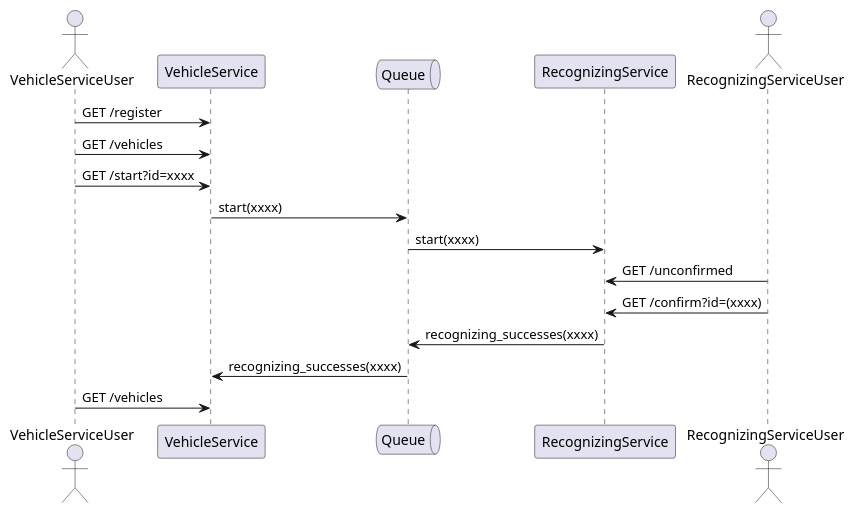
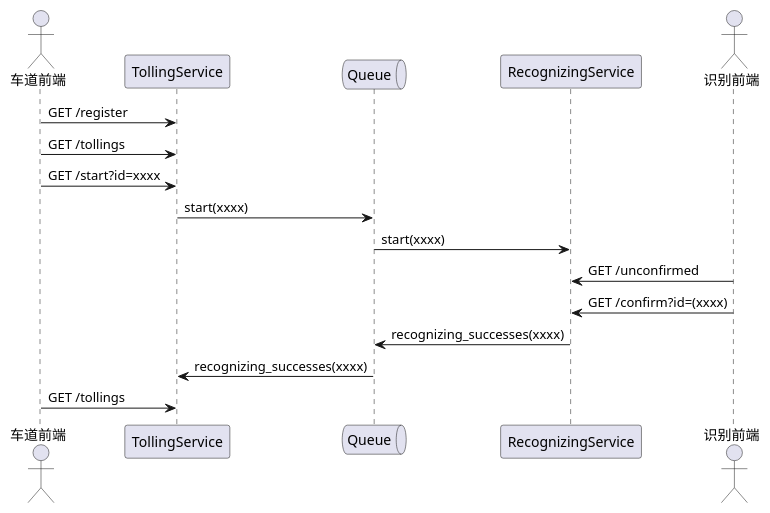
One commit to caochun/tollgate changed the diagram in docs/scenario.pu. Above: the diagram before and after it, drawn with PlantUML. The commit also changed 7 other files, not shown here.

```diff
--- a/docs/scenario.pu
+++ b/docs/scenario.pu
@@ -1,19 +1,19 @@
 @startuml
-actor       VehicleServiceUser      as uVehicle
-participant VehicleService          as sVehicle
+actor       车道前端      as uTolling
+participant TollingService          as sTolling
 queue       Queue                   as RabbitMQ
 participant RecognizingService      as sRecognizing
-actor       RecognizingServiceUser  as uRecognizing
+actor       识别前端  as uRecognizing
 
-uVehicle -> sVehicle : GET /register
-uVehicle -> sVehicle : GET /vehicles
-uVehicle -> sVehicle : GET /start?id=xxxx
-sVehicle -> RabbitMQ : start(xxxx)
+uTolling -> sTolling : GET /register
+uTolling -> sTolling : GET /tollings
+uTolling -> sTolling : GET /start?id=xxxx
+sTolling -> RabbitMQ : start(xxxx)
 RabbitMQ -> sRecognizing : start(xxxx)
 uRecognizing -> sRecognizing : GET /unconfirmed
 uRecognizing -> sRecognizing : GET /confirm?id=(xxxx)
 sRecognizing -> RabbitMQ : recognizing_successes(xxxx)
-RabbitMQ -> sVehicle : recognizing_successes(xxxx)
-uVehicle -> sVehicle : GET /vehicles
+RabbitMQ -> sTolling : recognizing_successes(xxxx)
+uTolling -> sTolling : GET /tollings
 
 @enduml
```
